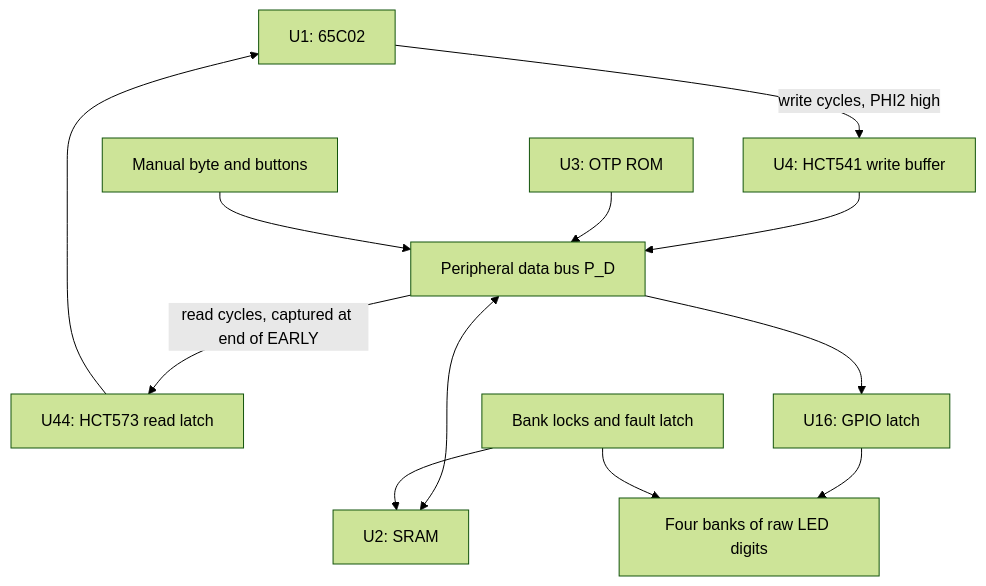
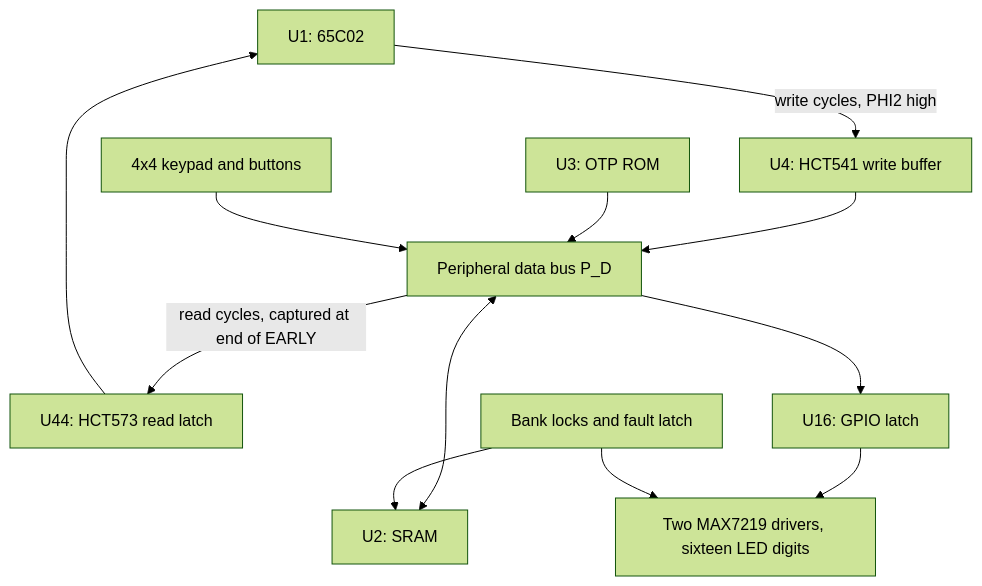
One commit to TheTradoor/dts02-6502-signer changed the diagram in spec.md. Above: the diagram before and after it, drawn with Mermaid (forest theme). The commit also changed other lines of this file and 21 other files, not shown here.

First line of the commit message:
Spec rev 0.5: MAX7219 display and 4x4 keypad, simulated and verified

````diff
--- a/spec.md
+++ b/spec.md
@@ -56,14 +63,14 @@
 ```mermaid
 flowchart TD
     CPU["U1: 65C02"] -->|write cycles, PHI2 high| WBUF["U4: HCT541 write buffer"]
     WBUF --> PBUS["Peripheral data bus P_D"]
     PBUS -->|read cycles, captured at end of EARLY| RLATCH["U44: HCT573 read latch"]
     RLATCH --> CPU
     PBUS <--> RAM["U2: SRAM"]
     ROM["U3: OTP ROM"] --> PBUS
-    INPUT["Manual byte and buttons"] --> PBUS
+    INPUT["4x4 keypad and buttons"] --> PBUS
     PBUS --> GPIO["U16: GPIO latch"]
-    GPIO --> PANEL["Four banks of raw LED digits"]
+    GPIO --> PANEL["Two MAX7219 drivers, sixteen LED digits"]
     LOCK["Bank locks and fault latch"] --> RAM
     LOCK --> PANEL
 ```
````
